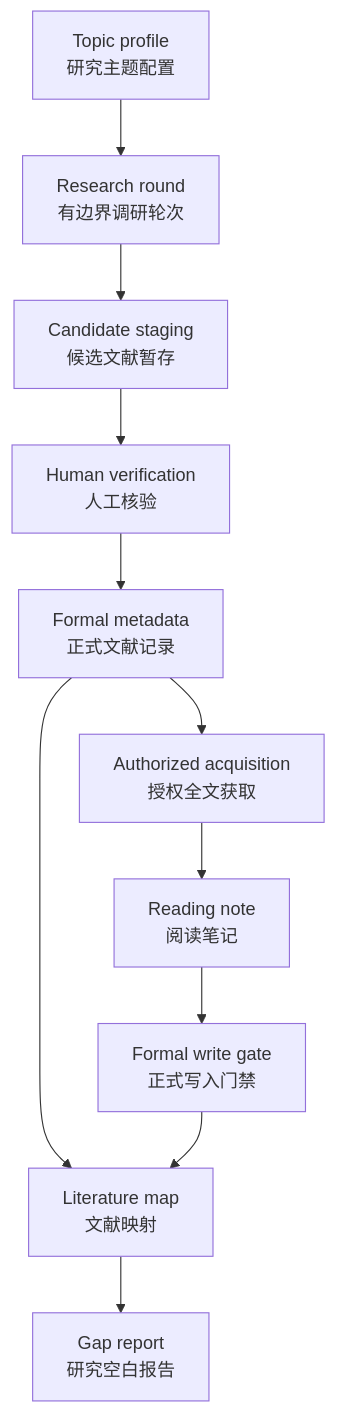
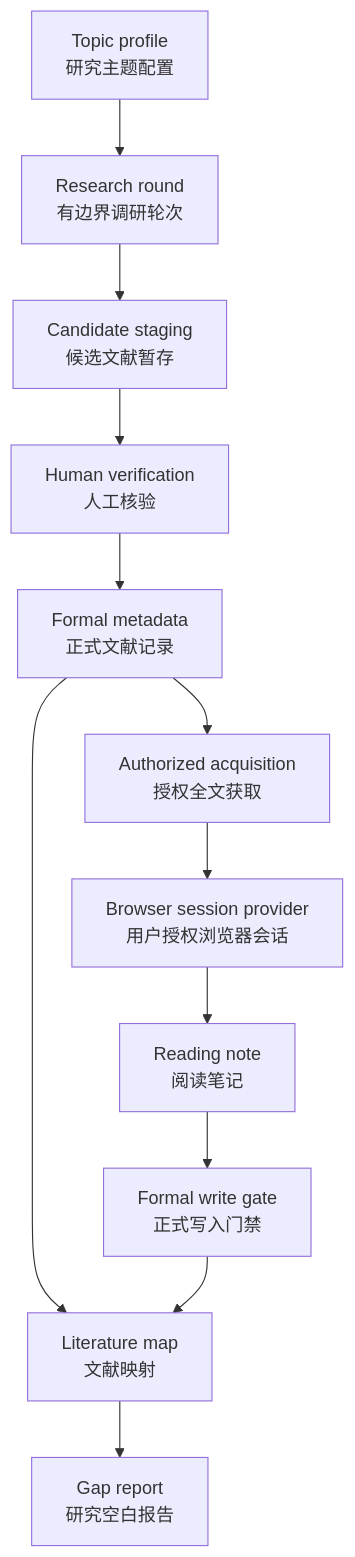
The diagram in README.md (sakur0zxy/RSA), drawn with Mermaid before and after one commit. The commit also changed other lines of this file and 15 other files, not shown here.

Commit message:
feat(07.1): implement browser session provider

````diff
--- a/README.md
+++ b/README.md
@@ -44,13 +45,14 @@
 ```mermaid
 flowchart TD
   A["Topic profile<br/>研究主题配置"] --> B["Research round<br/>有边界调研轮次"]
   B --> C["Candidate staging<br/>候选文献暂存"]
   C --> D["Human verification<br/>人工核验"]
   D --> E["Formal metadata<br/>正式文献记录"]
   E --> F["Authorized acquisition<br/>授权全文获取"]
-  F --> G["Reading note<br/>阅读笔记"]
+  F --> F2["Browser session provider<br/>用户授权浏览器会话"]
+  F2 --> G["Reading note<br/>阅读笔记"]
   E --> H["Literature map<br/>文献映射"]
   G --> I["Formal write gate<br/>正式写入门禁"]
   H --> J["Gap report<br/>研究空白报告"]
   I --> H
 ```
````
